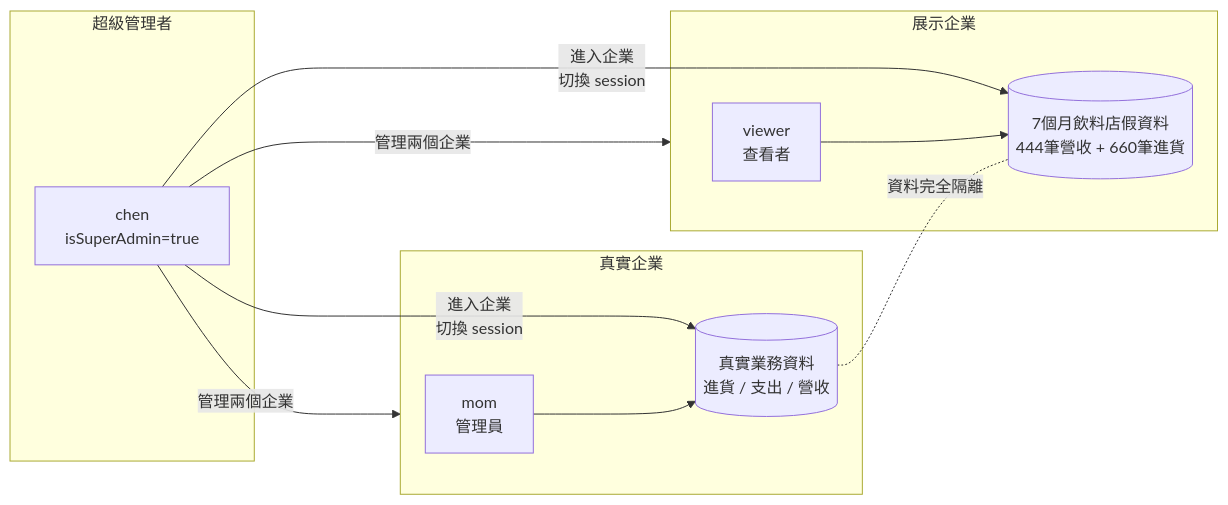
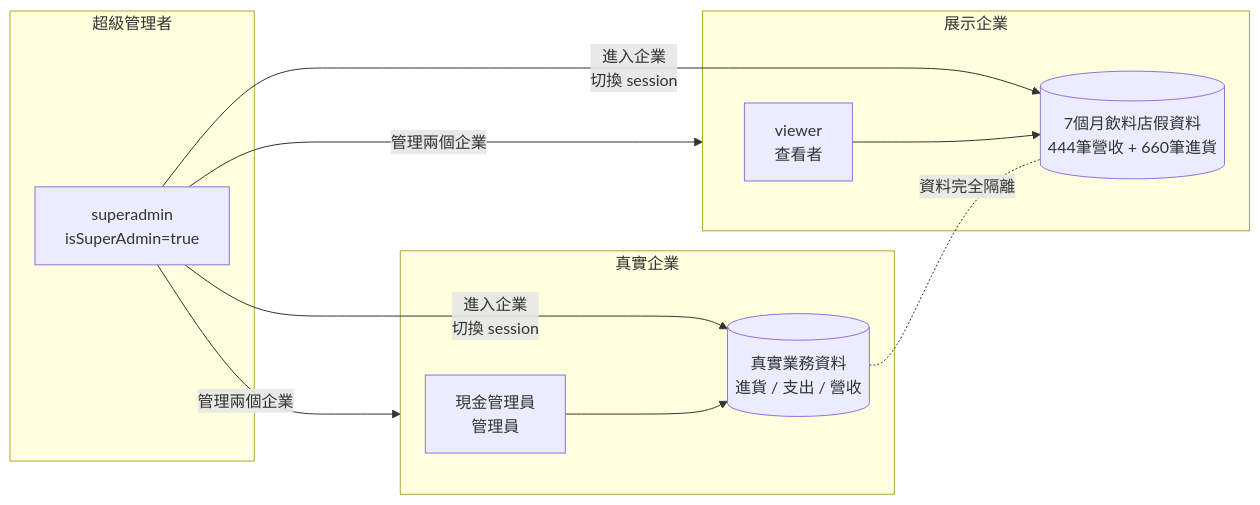
One commit to hyaochen/market-ledger changed the second of 5 diagrams in README.md. Above: the diagram before and after it, drawn with Mermaid. The commit also changed other lines of this file and 3 other files, not shown here.

````diff
--- a/README.md
+++ b/README.md
@@ -70,24 +70,24 @@
 ```mermaid
 graph LR
     subgraph 超級管理者
-        SA[chen\nisSuperAdmin=true]
+        SA[superadmin\nisSuperAdmin=true]
     end
 
     subgraph 真實企業
-        Mom[mom\n管理員]
+        Mom[現金管理員\n管理員]
         RealData[(真實業務資料\n進貨 / 支出 / 營收)]
     end
 
     subgraph 展示企業
         Viewer[viewer\n查看者]
         DemoData[(7個月飲料店假資料\n444筆營收 + 660筆進貨)]
     end
 
     SA -->|管理兩個企業| 真實企業
     SA -->|管理兩個企業| 展示企業
     SA -->|進入企業\n切換 session| RealData
     SA -->|進入企業\n切換 session| DemoData
     Mom --> RealData
     Viewer --> DemoData
     RealData -. 資料完全隔離 .- DemoData
 ```
````
